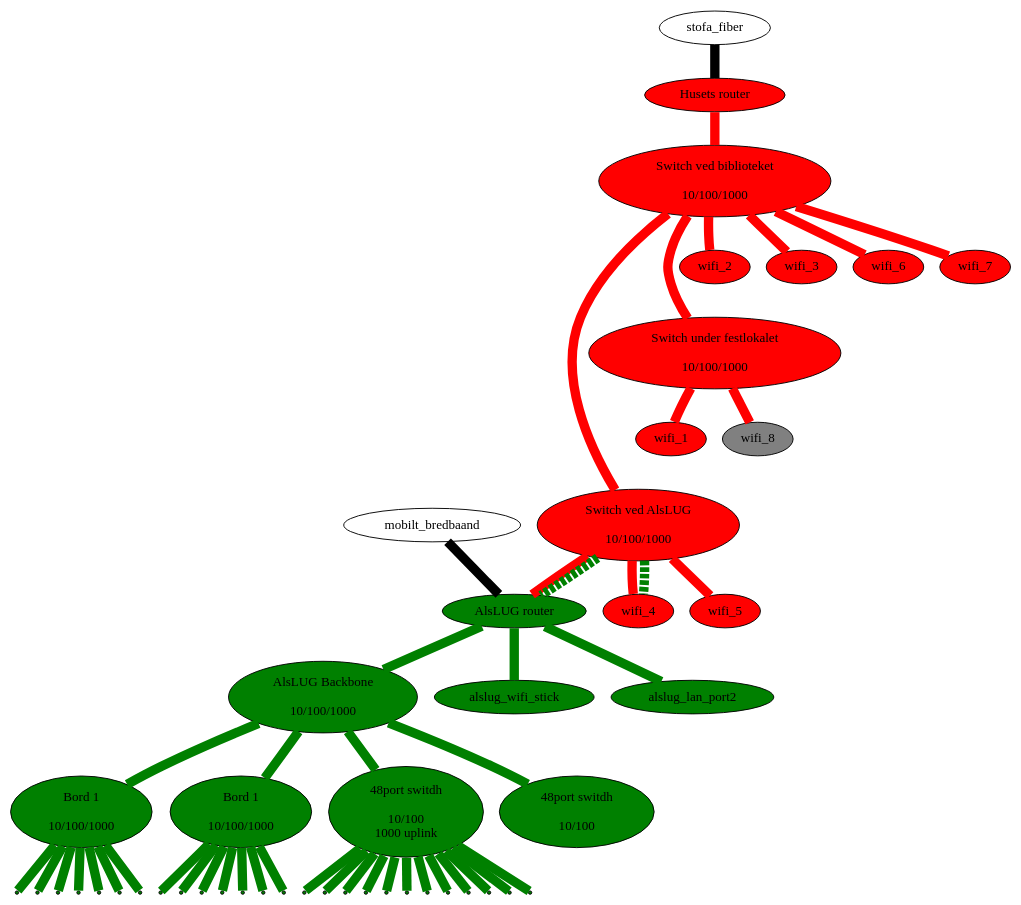
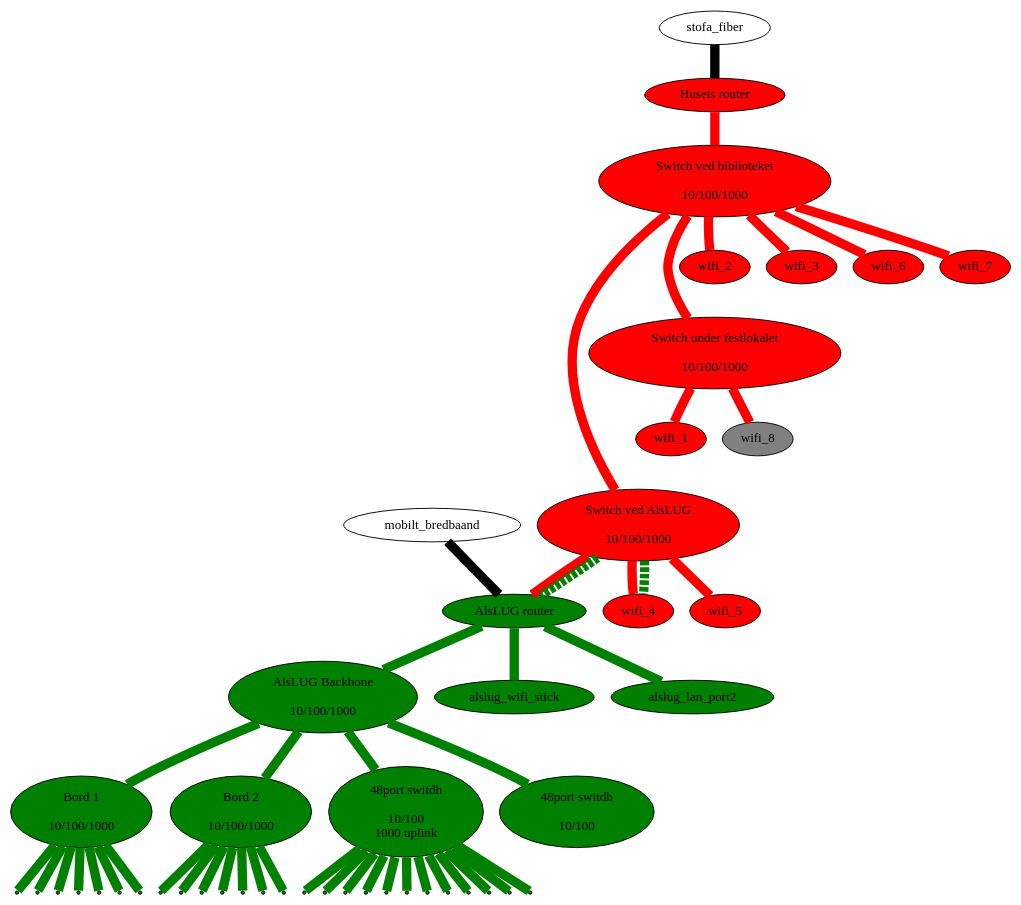
One commit to alslug/alslug.dk changed the diagram in projekter/network.dot. Above: the diagram before and after it, drawn with Graphviz.

```diff
--- a/projekter/network.dot
+++ b/projekter/network.dot
@@ -1,61 +1,61 @@
 digraph xxx {
 #  link_12a [ shape=point ];
 #  link_12b [ shape=point ];
 #  link_12c [ shape=point ];
   edge [ dir=none penwidth=10 ];
 
   node [ style=filled fillcolor=red ];
   husets_router [ label="Husets router" ];
   husets_switch_1 [ label="Switch ved biblioteket\n\n 10/100/1000" ];
   husets_switch_2 [ label="Switch ved AlsLUG\n\n 10/100/1000" ];
   festlokale_switch [ label="Switch under festlokalet\n\n 10/100/1000" ];
   wifi_1 wifi_2 wifi_3 wifi_4 wifi_5 wifi_6 wifi_7;
   wifi_8 [ fillcolor=gray ];
   
   node [ style=filled fillcolor=green ];
   alslug_router [ label="AlsLUG router" ];
   alslug_backbone_switch [ label="AlsLUG Backbone\n\n10/100/1000"];
   bord_1 [ label="Bord 1\n\n10/100/1000"];
-  bord_2 [ label="Bord 1\n\n10/100/1000"];
+  bord_2 [ label="Bord 2\n\n10/100/1000"];
   switch_48p [ label="48port switdh\n\n10/100\n1000 uplink"];
   switch_48p_poe [ label="48port switdh\n\n10/100"];
   alslug_wifi_stick alslug_lan_port2;
   
   node [ style=normal ];
   // Internet forbindelser
   stofa_fiber      -> husets_router [ fillcolor=black style=filled ];
   mobilt_bredbaand -> alslug_router [ fillcolor=black style=filled ];
   
   // Husets forbindelser
   edge  [ color=red style=solid ];
   husets_router -> husets_switch_1 -> { wifi_2 wifi_3 wifi_6 wifi_7 };
   husets_switch_1 -> husets_switch_2 -> { wifi_4 wifi_5 alslug_router};
   husets_switch_1 -> festlokale_switch -> { wifi_1 wifi_8 };
 
   // VLAN forbindelser over bakkensbros netværk
   edge  [ color=green style=dashed ];
   husets_switch_2 -> { alslug_router wifi_4 };
   
   // Interne forbindelser
   edge [ color=green style=solid ];
   alslug_router -> { alslug_wifi_stick alslug_backbone_switch alslug_lan_port2 };
   alslug_backbone_switch -> { bord_1 bord_2 switch_48p switch_48p_poe }
   
   node [ shape=point ];
   bord_1 -> {
                   bord_1_1 bord_1_2 bord_1_3 bord_1_4
                   bord_1_5 bord_1_6 bord_1_7
                 }
   bord_2 -> {
                   bord_2_1 bord_2_2 bord_2_3 bord_2_4
                   bord_2_5 bord_2_6 bord_2_7
                 }
   switch_48p -> {
                   switch_48p_1 switch_48p_2 switch_48p_3 switch_48p_4
                   switch_48p_5 switch_48p_6 switch_48p_7 switch_48p_8
                   switch_48p_9 switch_48p_10 switch_48p_11 switch_48p_12
                 }
   
   edge [ color=invis ];
   husets_switch_1 -> wifi_2 -> festlokale_switch -> wifi_1 -> husets_switch_2;
 }
```
